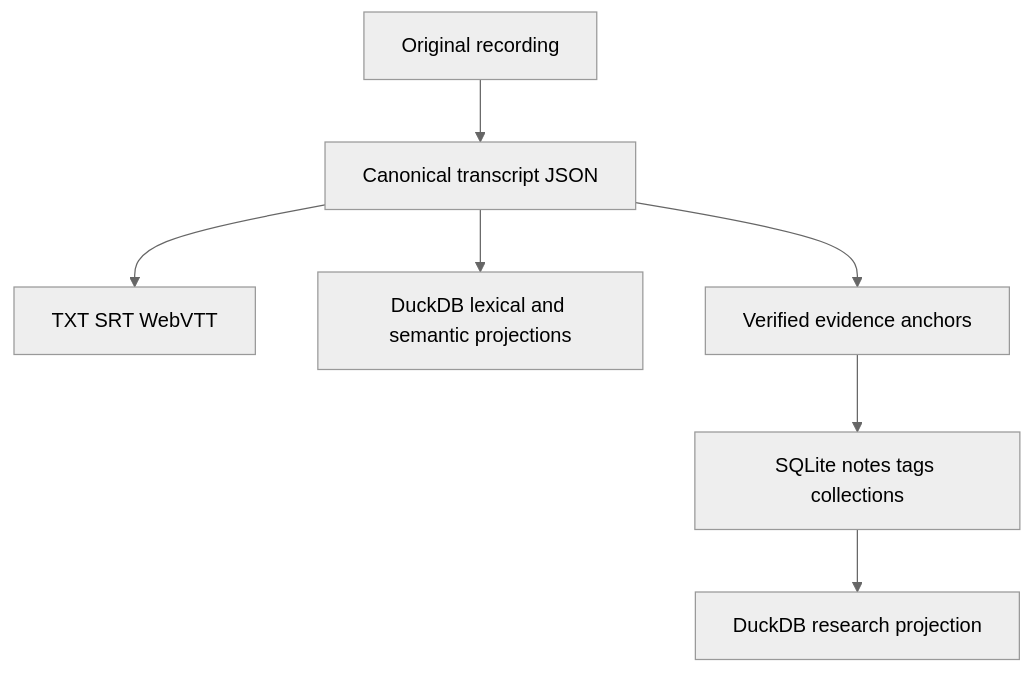
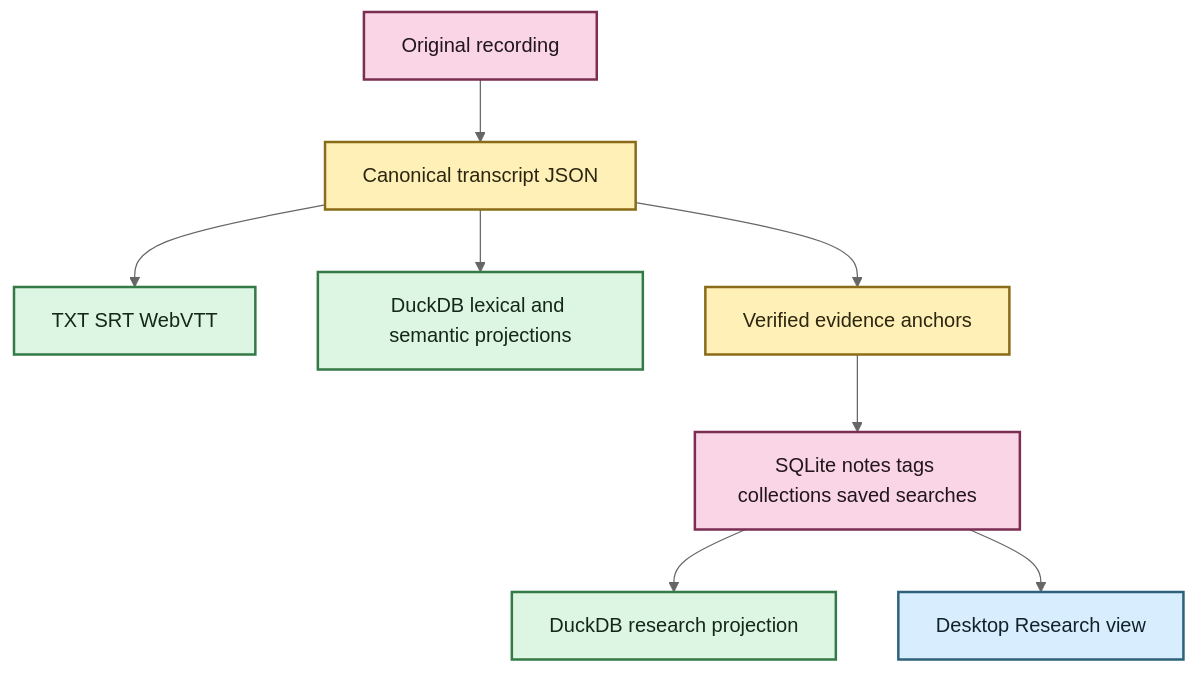
One commit to SSD1805/EchoFlow changed the second of 2 diagrams in docs/getting-started.md. Above: the diagram before and after it, drawn with Mermaid (neutral theme). The commit also changed other lines of this file and 29 other files, not shown here.

Commit message:
docs: restore Mermaid styling and refresh current product truth

````diff
--- a/docs/getting-started.md
+++ b/docs/getting-started.md
@@ -262,9 +337,20 @@
 ```mermaid
-graph TD;
+flowchart TD
     A[Original recording] --> B[Canonical transcript JSON]
     B --> C[TXT SRT WebVTT]
     B --> D[DuckDB lexical and semantic projections]
     B --> E[Verified evidence anchors]
-    E --> F[SQLite notes tags collections]
+    E --> F[SQLite notes tags collections saved searches]
     F --> G[DuckDB research projection]
+    F --> H[Desktop Research view]
+
+    classDef source fill:#F9D5E5,stroke:#7B2E52,stroke-width:2px,color:#22151B
+    classDef evidence fill:#FFF0B8,stroke:#8A6B18,stroke-width:2px,color:#2C260F
+    classDef view fill:#DDF5E3,stroke:#347A46,stroke-width:2px,color:#142719
+    classDef inspect fill:#D8EEFF,stroke:#2E617B,stroke-width:2px,color:#12222A
+
+    class A,F source
+    class B,E evidence
+    class C,D,G view
+    class H inspect
 ```
````
